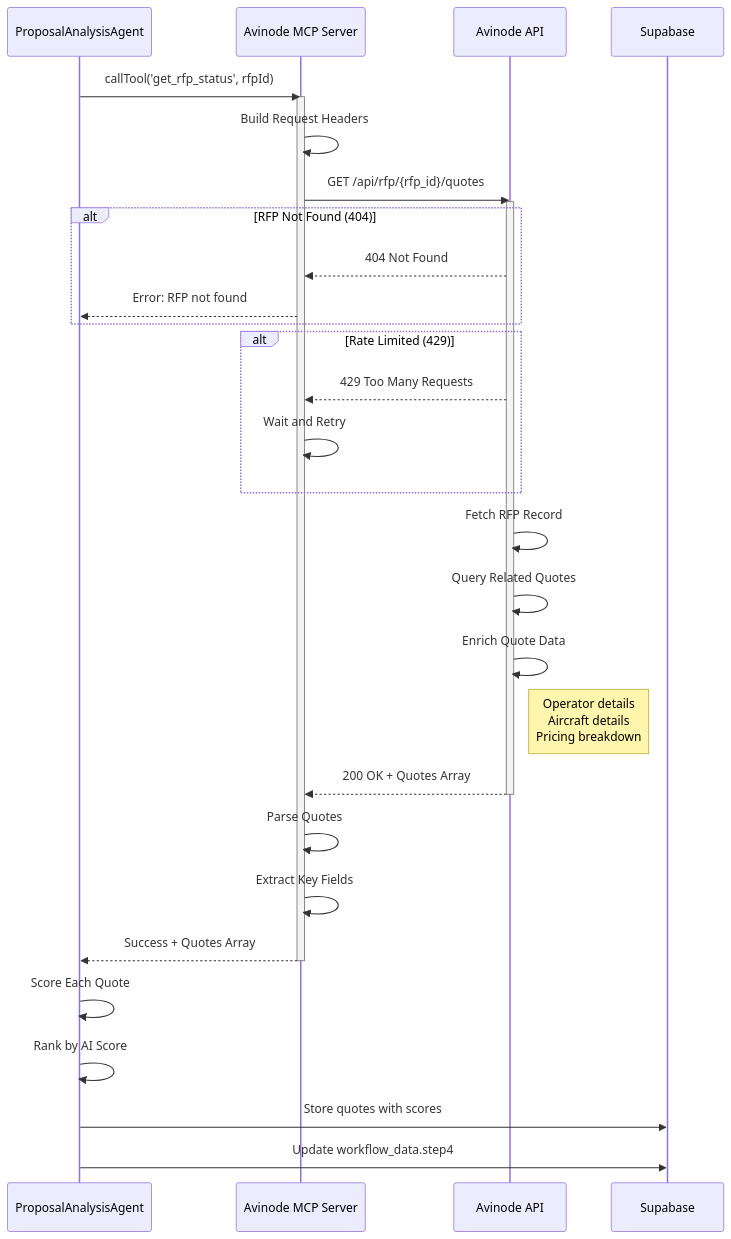
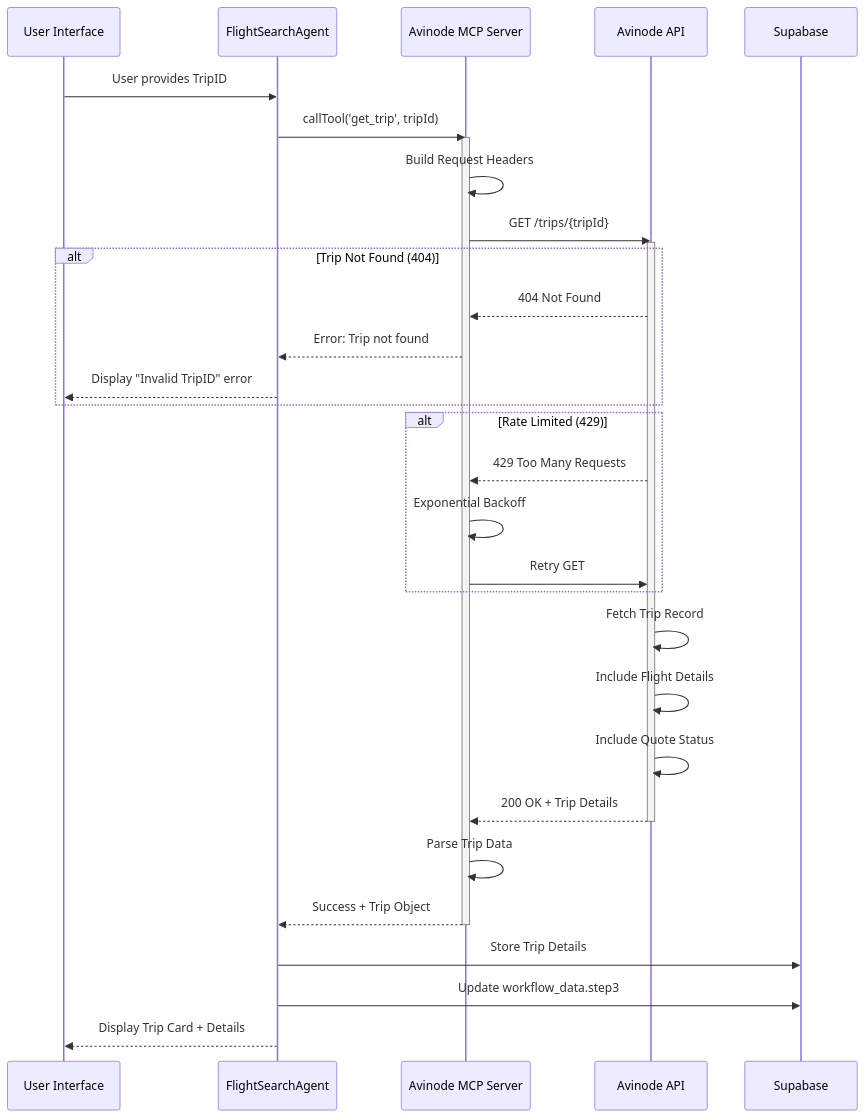
Before and after one commit to kingler/v0-jetvision-assistant: the third of 5 diagrams in docs/implementation/WORKFLOW-AVINODE-INTEGRATION.md, drawn with Mermaid. The commit also changed other lines of this file and 145 other files, not shown here.

First line of the commit message:
feat(avinode): complete MCP server tools and deep link workflow

````diff
--- a/docs/implementation/WORKFLOW-AVINODE-INTEGRATION.md
+++ b/docs/implementation/WORKFLOW-AVINODE-INTEGRATION.md
@@ -353,42 +407,42 @@
 ```mermaid
 sequenceDiagram
-    participant Agent as ProposalAnalysisAgent
+    participant UI as User Interface
+    participant Agent as FlightSearchAgent
     participant MCP as Avinode MCP Server
     participant API as Avinode API
     participant DB as Supabase
 
-    Agent->>MCP: callTool('get_rfp_status', rfpId)
+    UI->>Agent: User provides TripID
+    Agent->>MCP: callTool('get_trip', tripId)
     activate MCP
 
     MCP->>MCP: Build Request Headers
-    MCP->>API: GET /api/rfp/{rfp_id}/quotes
+    MCP->>API: GET /trips/{tripId}
     activate API
 
-    alt RFP Not Found (404)
+    alt Trip Not Found (404)
         API-->>MCP: 404 Not Found
-        MCP-->>Agent: Error: RFP not found
+        MCP-->>Agent: Error: Trip not found
+        Agent-->>UI: Display "Invalid TripID" error
     end
 
     alt Rate Limited (429)
         API-->>MCP: 429 Too Many Requests
-        MCP->>MCP: Wait and Retry
+        MCP->>MCP: Exponential Backoff
+        MCP->>API: Retry GET
     end
 
-    API->>API: Fetch RFP Record
-    API->>API: Query Related Quotes
-    API->>API: Enrich Quote Data
-    Note right of API: Operator details<br/>Aircraft details<br/>Pricing breakdown
-
-    API-->>MCP: 200 OK + Quotes Array
+    API->>API: Fetch Trip Record
+    API->>API: Include Flight Details
+    API->>API: Include Quote Status
+    API-->>MCP: 200 OK + Trip Details
     deactivate API
 
-    MCP->>MCP: Parse Quotes
-    MCP->>MCP: Extract Key Fields
-    MCP-->>Agent: Success + Quotes Array
+    MCP->>MCP: Parse Trip Data
+    MCP-->>Agent: Success + Trip Object
     deactivate MCP
 
-    Agent->>Agent: Score Each Quote
-    Agent->>Agent: Rank by AI Score
-    Agent->>DB: Store quotes with scores
-    Agent->>DB: Update workflow_data.step4
+    Agent->>DB: Store Trip Details
+    Agent->>DB: Update workflow_data.step3
+    Agent-->>UI: Display Trip Card + Details
 ```
````
